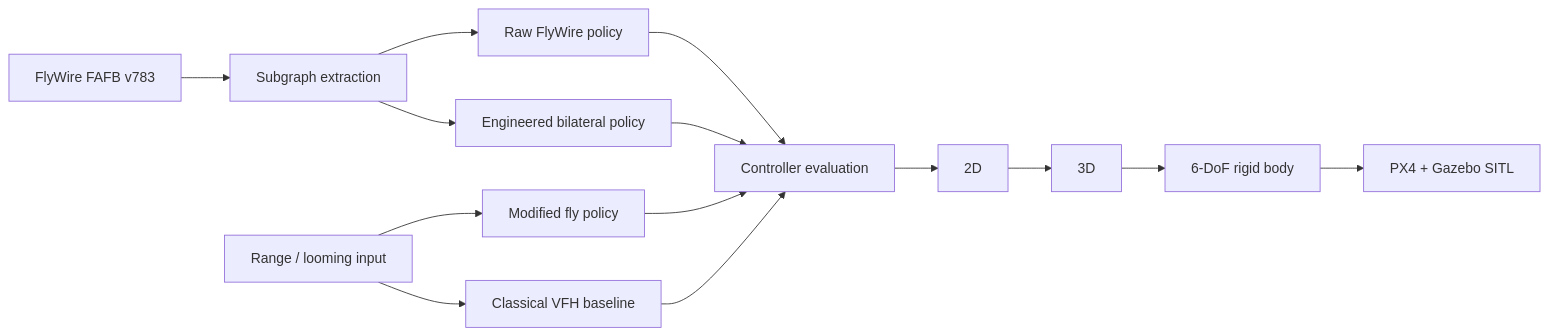
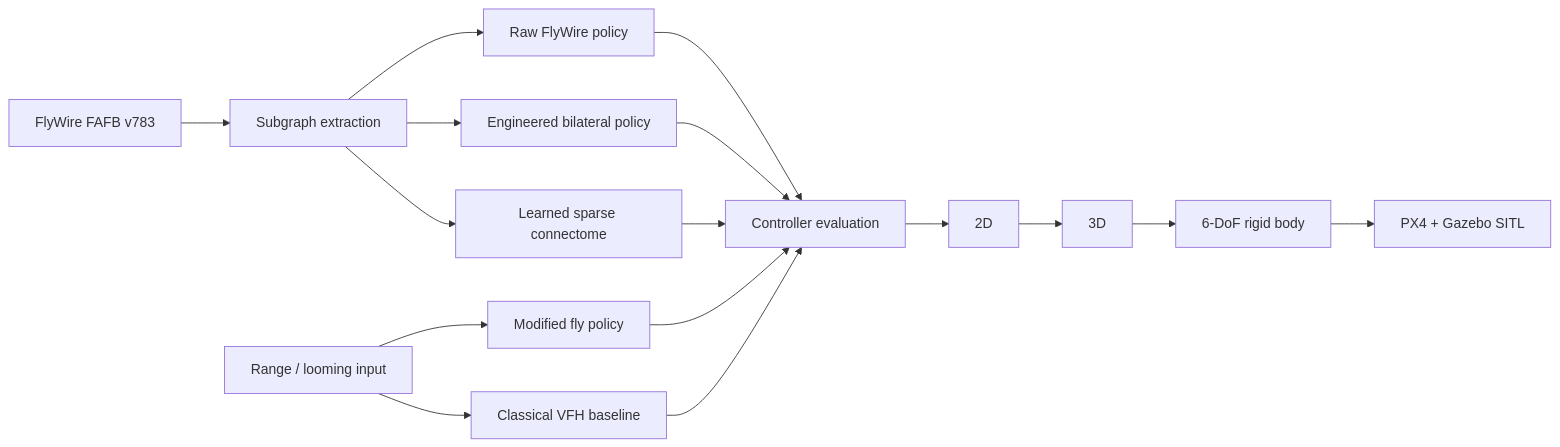
Before and after one commit to mstfcen/flydrone-connectome: the diagram in README.md, drawn with Mermaid. The commit also changed other lines of this file and 32 other files, not shown here.

First line of the commit message:
v0.2: learned sparse connectome study

````diff
--- a/README.md
+++ b/README.md
@@ -44,16 +56,18 @@
 ```mermaid
 flowchart LR
     FW[FlyWire FAFB v783] --> EX[Subgraph extraction]
     EX --> RAW[Raw FlyWire policy]
     EX --> BI[Engineered bilateral policy]
+    EX --> LS[Learned sparse connectome]
     S[Range / looming input] --> MF[Modified fly policy]
     S --> VFH[Classical VFH baseline]
     RAW --> EVAL[Controller evaluation]
     BI --> EVAL
+    LS --> EVAL
     MF --> EVAL
     VFH --> EVAL
     EVAL --> D2[2D]
     D2 --> D3[3D]
     D3 --> RB[6-DoF rigid body]
     RB --> PX4[PX4 + Gazebo SITL]
 ```
````
